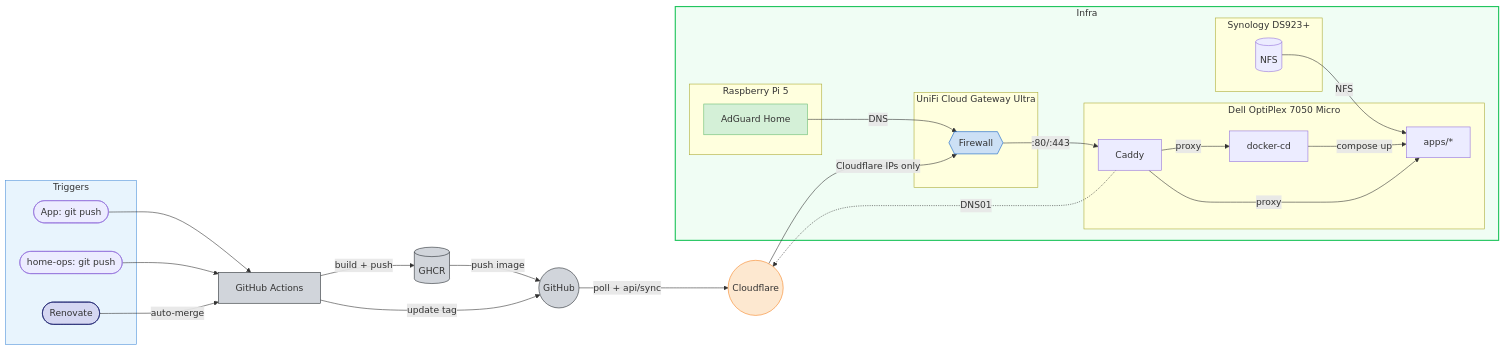
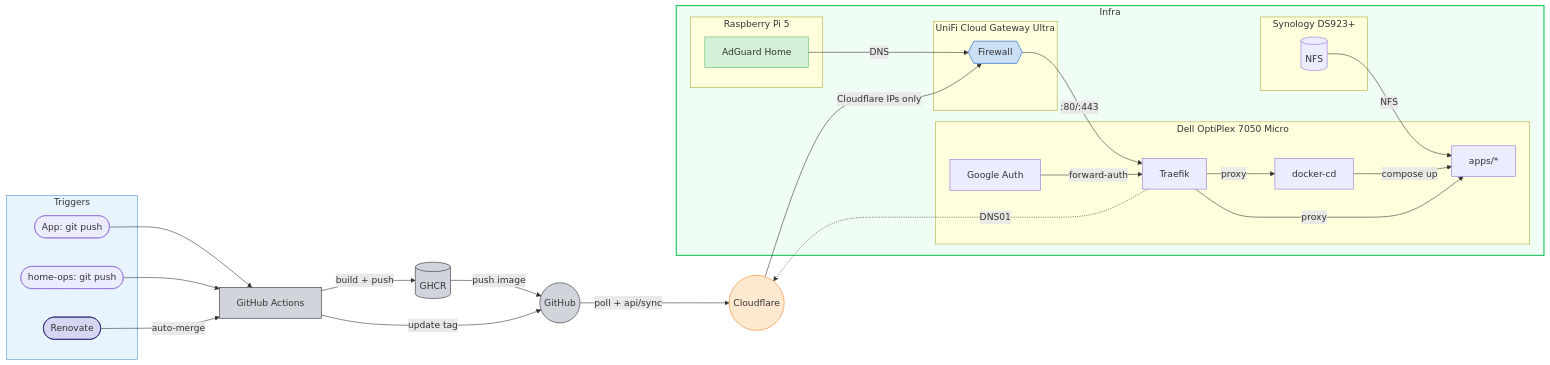
The diagram in README.md (wajeht/home-ops), drawn with Mermaid before and after one commit. The commit also changed other lines of this file and 76 other files, not shown here.

Commit message:
refactor: switch to traefik for reverse proxy and google auth

````diff
--- a/README.md
+++ b/README.md
@@ -16,49 +16,50 @@
 ```mermaid
 flowchart LR
     subgraph triggers[Triggers]
         app_push([App: git push])
         ops_push([home-ops: git push])
         renovate([Renovate])
     end
 
     app_push --> ci[GitHub Actions] -->|build + push| ghcr[(GHCR)]
     ghcr -->|push image| github((GitHub))
     ci -->|update tag| github
     ops_push --> ci
     renovate -->|auto-merge| ci
-    github -->|poll + api/sync | cf((Cloudflare)) -->|Cloudflare IPs only| unifi -->|:80/:443| caddy -->|proxy| docker_cd
+    github -->|poll + api/sync | cf((Cloudflare)) -->|Cloudflare IPs only| unifi -->|:80/:443| traefik -->|proxy| docker_cd
 
     subgraph infra[Infra]
         subgraph dell[Dell OptiPlex 7050 Micro]
             docker_cd[docker-cd] -->|compose up| apps[apps/*]
-            caddy[Caddy] -->|proxy| apps
+            traefik[Traefik] -->|proxy| apps
+            google_auth[Google Auth] -->|forward-auth| traefik
         end
 
         subgraph nas[Synology DS923+]
             nfs[(NFS)]
         end
 
         subgraph ucg[UniFi Cloud Gateway Ultra]
             unifi{{Firewall}}
         end
 
         subgraph pi[Raspberry Pi 5]
             adguard[AdGuard Home]
         end
 
         nfs -->|NFS| apps
         adguard -->|DNS| unifi
     end
 
-    caddy -.->|DNS01| cf
+    traefik -.->|DNS01| cf
 
     style triggers fill:#e8f4fd,stroke:#4a90d9
     style infra fill:#f0fdf4,stroke:#22c55e,stroke-width:2px
     style cf fill:#fde8d0,stroke:#f6821f,color:#333
     style github fill:#d1d5db,stroke:#24292e,color:#333
     style ghcr fill:#d1d5db,stroke:#24292e,color:#333
     style ci fill:#d1d5db,stroke:#24292e,color:#333
     style renovate fill:#d5d7f2,stroke:#1a1f6c,color:#333
     style adguard fill:#d4f0d7,stroke:#68bc71,color:#333
     style unifi fill:#cce0f5,stroke:#0559c9,color:#333
 ```
````
